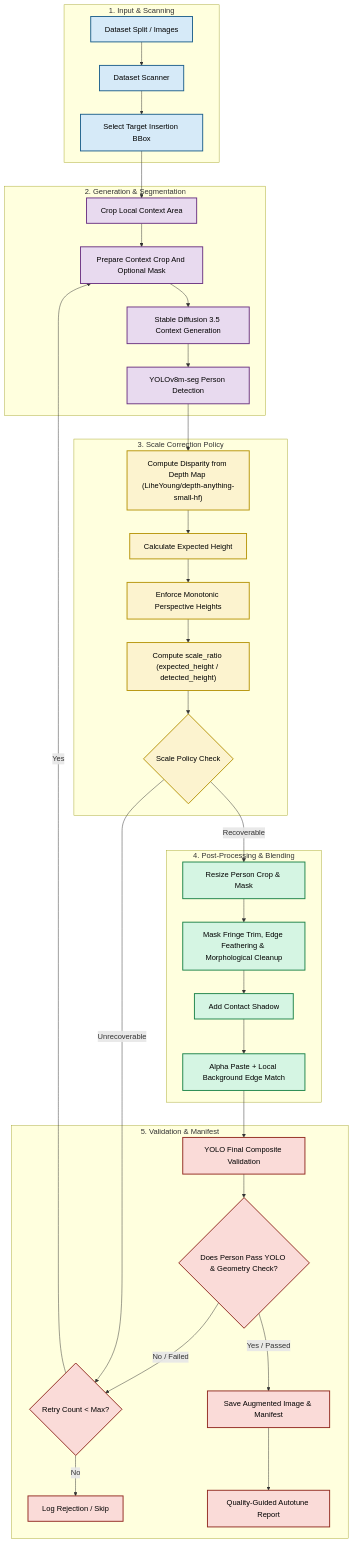
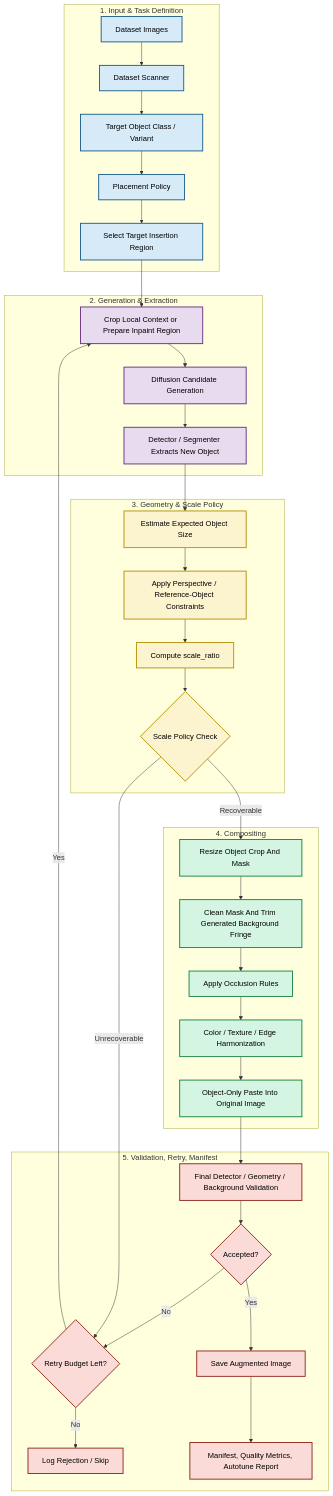
The first of 2 diagrams in docs/work-flow.md (BDT-17/VIN), drawn with Mermaid before and after one commit. The commit also changed other lines of this file and 5 other files, not shown here.

Commit message:
docs: generalize object insertion augmentation task

````diff
--- a/docs/work-flow.md
+++ b/docs/work-flow.md
@@ -11,73 +11,55 @@
 ```mermaid
 flowchart TD
 
-%% =====================================================
-%% INPUTS & SCANNING
-%% =====================================================
-subgraph INPUT["1. Input & Scanning"]
-    A[Dataset Split / Images] --> B[Dataset Scanner]
-    B --> C[Select Target Insertion BBox]
+subgraph INPUT["1. Input & Task Definition"]
+    A[Dataset Images] --> B[Dataset Scanner]
+    B --> C[Target Object Class / Variant]
+    C --> D[Placement Policy]
+    D --> E[Select Target Insertion Region]
 end
 
-%% =====================================================
-%% GENERATION PIPELINE
-%% =====================================================
-subgraph GEN["2. Generation & Segmentation"]
-    C --> D[Crop Local Context Area]
-    D --> E[Prepare Context Crop And Optional Mask]
-    E --> F[Stable Diffusion 3.5 Context Generation]
-    F --> G[YOLOv8m-seg Person Detection]
+subgraph GEN["2. Generation & Extraction"]
+    E --> F[Crop Local Context or Prepare Inpaint Region]
+    F --> G[Diffusion Candidate Generation]
+    G --> H[Detector / Segmenter Extracts New Object]
 end
 
-%% =====================================================
-%% SCALE CORRECTION
-%% =====================================================
-subgraph SCALE["3. Scale Correction Policy"]
-    G --> H["Compute Disparity from Depth Map (LiheYoung/depth-anything-small-hf)"]
-    H --> I[Calculate Expected Height]
-    I --> J[Enforce Monotonic Perspective Heights]
-    J --> K["Compute scale_ratio (expected_height / detected_height)"]
+subgraph GEOM["3. Geometry & Scale Policy"]
+    H --> I[Estimate Expected Object Size]
+    I --> J[Apply Perspective / Reference-Object Constraints]
+    J --> K["Compute scale_ratio"]
     K --> L{Scale Policy Check}
 end
 
-%% =====================================================
-%% POST-PROCESSING & COMPOSITING
-%% =====================================================
-subgraph COMP["4. Post-Processing & Blending"]
-    L -- Recoverable --> M["Resize Person Crop & Mask"]
-    M --> N["Mask Fringe Trim, Edge Feathering & Morphological Cleanup"]
-    N --> O[Add Contact Shadow]
-    O --> P[Alpha Paste + Local Background Edge Match]
+subgraph COMP["4. Compositing"]
+    L -- Recoverable --> M[Resize Object Crop And Mask]
+    M --> N[Clean Mask And Trim Generated Background Fringe]
+    N --> O[Apply Occlusion Rules]
+    O --> P[Color / Texture / Edge Harmonization]
+    P --> Q[Object-Only Paste Into Original Image]
 end
 
-%% =====================================================
-%% VALIDATION & RETRY
-%% =====================================================
-subgraph VALID["5. Validation & Manifest"]
-    P --> Q[YOLO Final Composite Validation]
-    Q --> R{"Does Person Pass YOLO & Geometry Check?"}
-    R -- No / Failed --> S{"Retry Count < Max?"}
-    S -- Yes --> E
-    S -- No --> T[Log Rejection / Skip]
-    R -- Yes / Passed --> U[Save Augmented Image & Manifest]
-    U --> V[Quality-Guided Autotune Report]
+subgraph VALID["5. Validation, Retry, Manifest"]
+    Q --> R[Final Detector / Geometry / Background Validation]
+    R --> S{Accepted?}
+    S -- No --> T{Retry Budget Left?}
+    T -- Yes --> F
+    T -- No --> U[Log Rejection / Skip]
+    S -- Yes --> V[Save Augmented Image]
+    V --> W[Manifest, Quality Metrics, Autotune Report]
 end
 
-L -- Unrecoverable --> S
+L -- Unrecoverable --> T
 
-%% =====================================================
-%% STYLING
-%% =====================================================
 classDef input fill:#D6EAF8,color:#000000,stroke:#1F618D,stroke-width:2px
 classDef gen fill:#E8DAEF,color:#000000,stroke:#6C3483,stroke-width:2px
-classDef scale fill:#FCF3CF,color:#000000,stroke:#B7950B,stroke-width:2px
+classDef geom fill:#FCF3CF,color:#000000,stroke:#B7950B,stroke-width:2px
 classDef comp fill:#D5F5E3,color:#000000,stroke:#1E8449,stroke-width:2px
 classDef valid fill:#FADBD8,color:#000000,stroke:#922B21,stroke-width:2px
 
-class A,B,C input
-class D,E,F,G gen
-class H,I,J,K,L scale
-class M,N,O,P comp
-class Q,R,S,T,U,V valid
-
+class A,B,C,D,E input
+class F,G,H gen
+class I,J,K,L geom
+class M,N,O,P,Q comp
+class R,S,T,U,V,W valid
 ```
````
